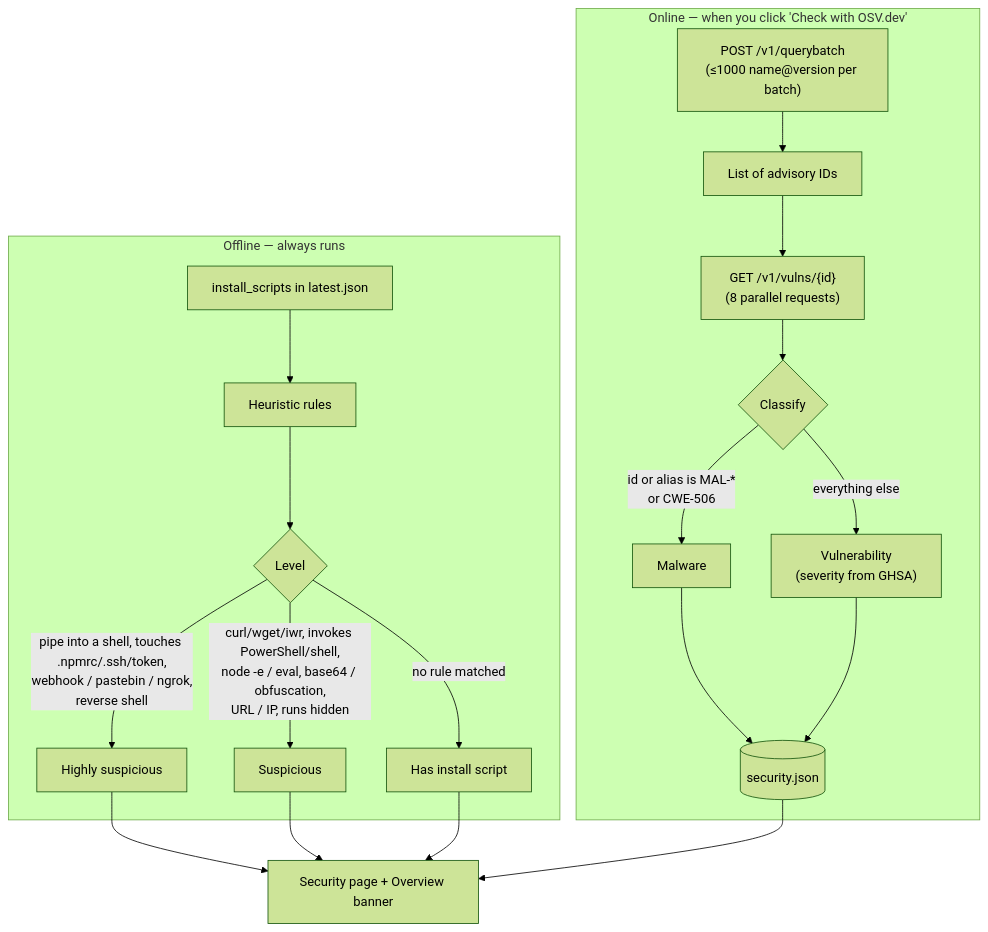
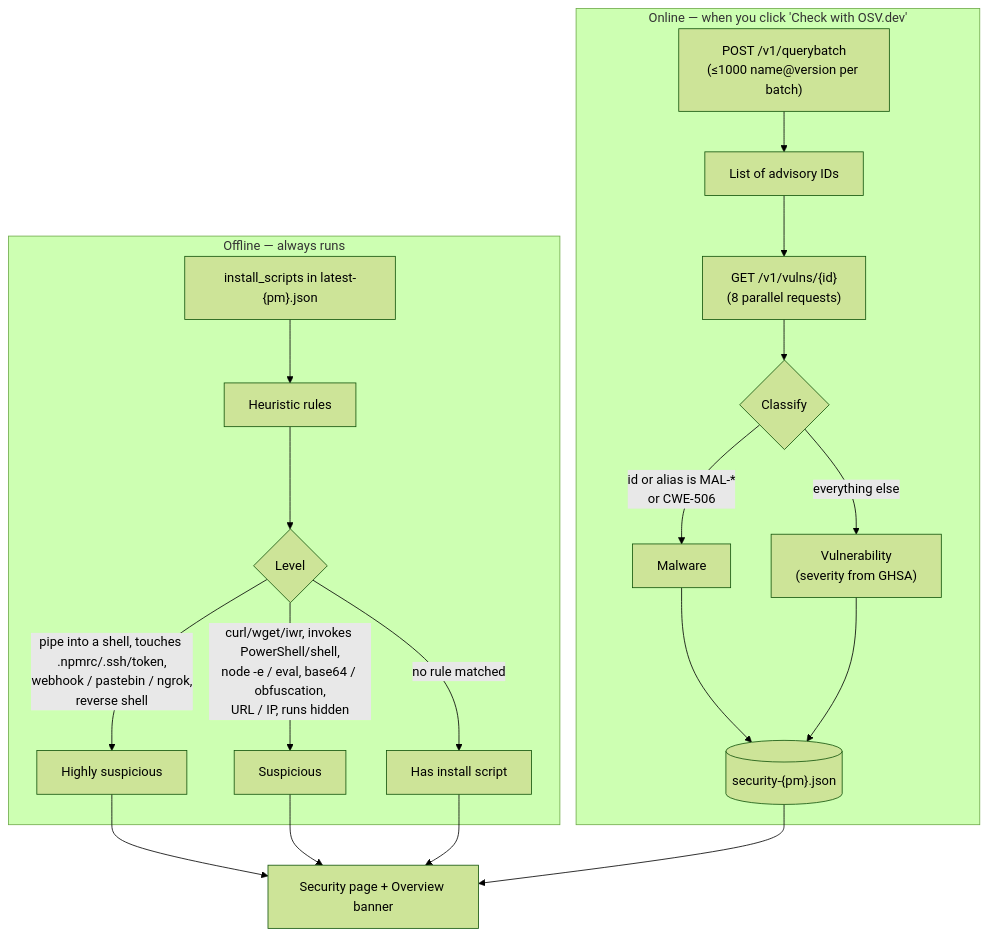
The seventh of 12 diagrams in docs/en/workflows.md (phanhuyyy/libpack-guard), drawn with Mermaid (forest theme) before and after one commit. The commit also changed other lines of this file and 50 other files, not shown here.

````diff
--- a/docs/en/workflows.md
+++ b/docs/en/workflows.md
@@ -175,25 +175,25 @@
 ```mermaid
 flowchart TB
     subgraph Offline["Offline — always runs"]
-        S1["install_scripts in latest.json"] --> H["Heuristic rules"]
+        S1["install_scripts in latest-{pm}.json"] --> H["Heuristic rules"]
         H --> Lv{"Level"}
         Lv -- "pipe into a shell, touches .npmrc/.ssh/token,<br/>webhook / pastebin / ngrok,<br/>reverse shell" --> Crit["Highly suspicious"]
         Lv -- "curl/wget/iwr, invokes PowerShell/shell,<br/>node -e / eval, base64 / obfuscation,<br/>URL / IP, runs hidden" --> High["Suspicious"]
         Lv -- "no rule matched" --> Info["Has install script"]
     end
 
     subgraph Online["Online — when you click 'Check with OSV.dev'"]
         Q["POST /v1/querybatch<br/>(≤1000 name@version per batch)"] --> Ids["List of advisory IDs"]
         Ids --> Det["GET /v1/vulns/{id}<br/>(8 parallel requests)"]
         Det --> Cls{"Classify"}
         Cls -- "id or alias is MAL-*<br/>or CWE-506" --> Mal["Malware"]
         Cls -- "everything else" --> Vul["Vulnerability<br/>(severity from GHSA)"]
-        Mal --> SJ[("security.json")]
+        Mal --> SJ[("security-{pm}.json")]
         Vul --> SJ
     end
 
     Crit --> Page["Security page + Overview banner"]
     High --> Page
     Info --> Page
     SJ --> Page
 ```
````
